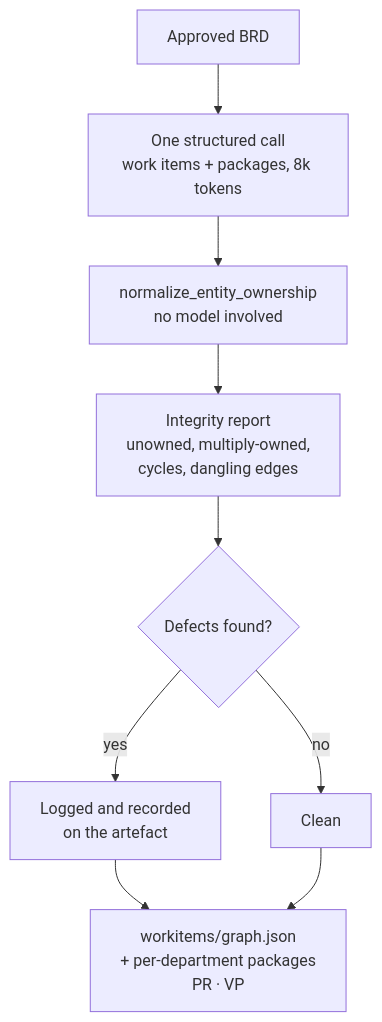
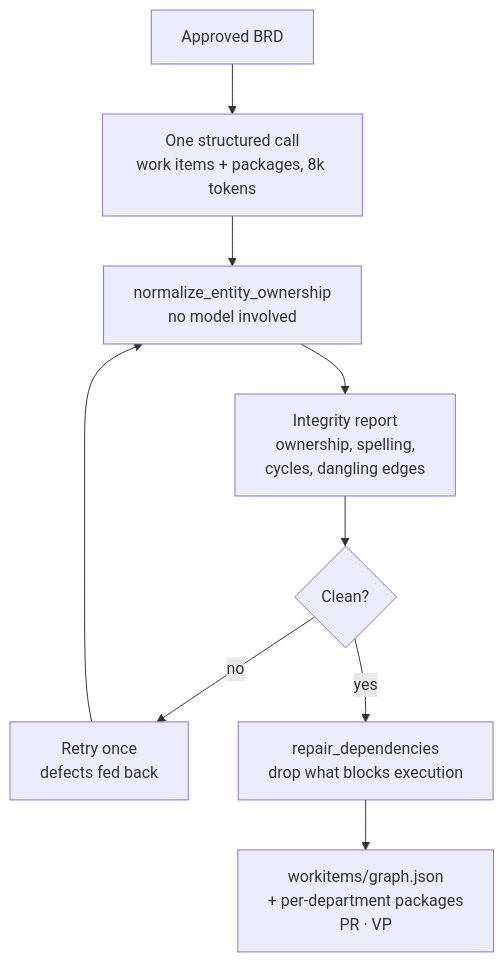
One commit to ronit-j-sdms1030/ai-factory changed the sixth of 6 diagrams in docs/agents.md. Above: the diagram before and after it, drawn with Mermaid. The commit also changed other lines of this file and 5 other files, not shown here.

````diff
--- a/docs/agents.md
+++ b/docs/agents.md
@@ -198,11 +198,11 @@
 ```mermaid
 flowchart TD
     A[Approved BRD] --> B[One structured call<br/>work items + packages, 8k tokens]
     B --> C[normalize_entity_ownership<br/>no model involved]
-    C --> D[Integrity report<br/>unowned, multiply-owned,<br/>cycles, dangling edges]
-    D --> E{Defects found?}
-    E -->|yes| F[Logged and recorded<br/>on the artefact]
-    E -->|no| G[Clean]
-    F --> H[workitems/graph.json<br/>+ per-department packages<br/>PR · VP]
-    G --> H
+    C --> D[Integrity report<br/>ownership, spelling,<br/>cycles, dangling edges]
+    D --> E{Clean?}
+    E -->|no| RT[Retry once<br/>defects fed back]
+    RT --> C
+    E -->|yes| R[repair_dependencies<br/>drop what blocks execution]
+    R --> H[workitems/graph.json<br/>+ per-department packages<br/>PR · VP]
 ```
````
